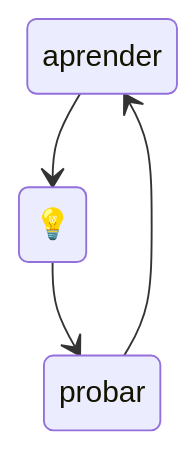
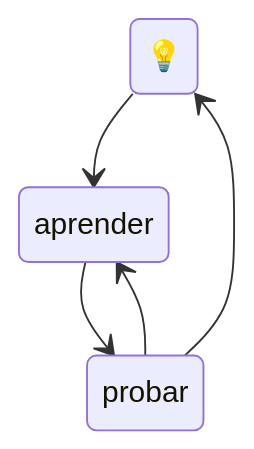
Before and after one commit to marcosaccomanno/marcosaccomanno: the diagram in README.md, drawn with Mermaid.

````diff
--- a/README.md
+++ b/README.md
@@ -8,6 +8,7 @@
 ```mermaid
 stateDiagram-v2
-    aprender --> 💡
-    💡 --> probar
+    💡 --> aprender 
+    aprender --> probar
     probar  --> aprender
+    probar --> 💡
 ```
````
